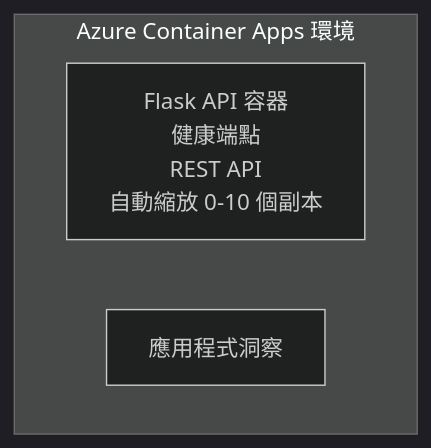
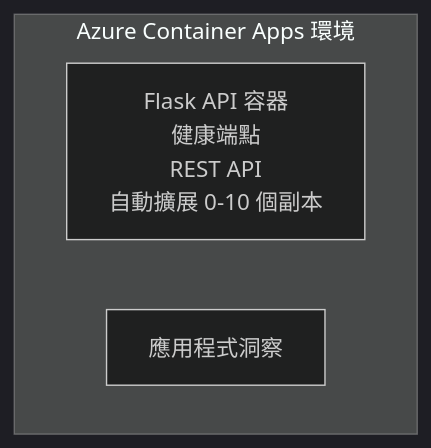
Before and after one commit to microsoft/AZD-for-beginners: the diagram in translations/zh-TW/examples/container-app/simple-flask-api/README.md, drawn with Mermaid (dark theme). The commit also changed other lines of this file and 104 other files, not shown here.

````diff
--- a/translations/zh-TW/examples/container-app/simple-flask-api/README.md
+++ b/translations/zh-TW/examples/container-app/simple-flask-api/README.md
@@ -26,7 +26,7 @@
 ```mermaid
 graph TD
     subgraph ACA[Azure Container Apps 環境]
-        Flask[Flask API 容器<br/>健康端點<br/>REST API<br/>自動縮放 0-10 個副本]
+        Flask[Flask API 容器<br/>健康端點<br/>REST API<br/>自動擴展 0-10 個副本]
         AppInsights[應用程式洞察]
     end
 ```
````
